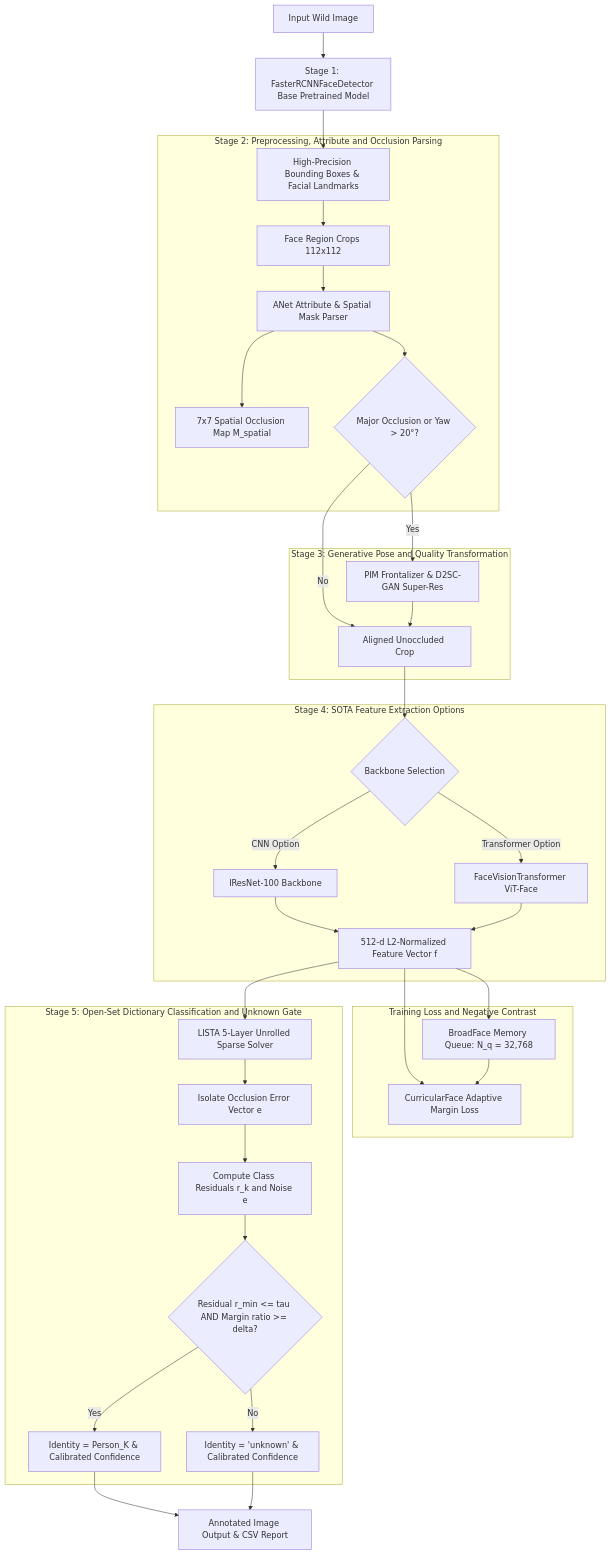
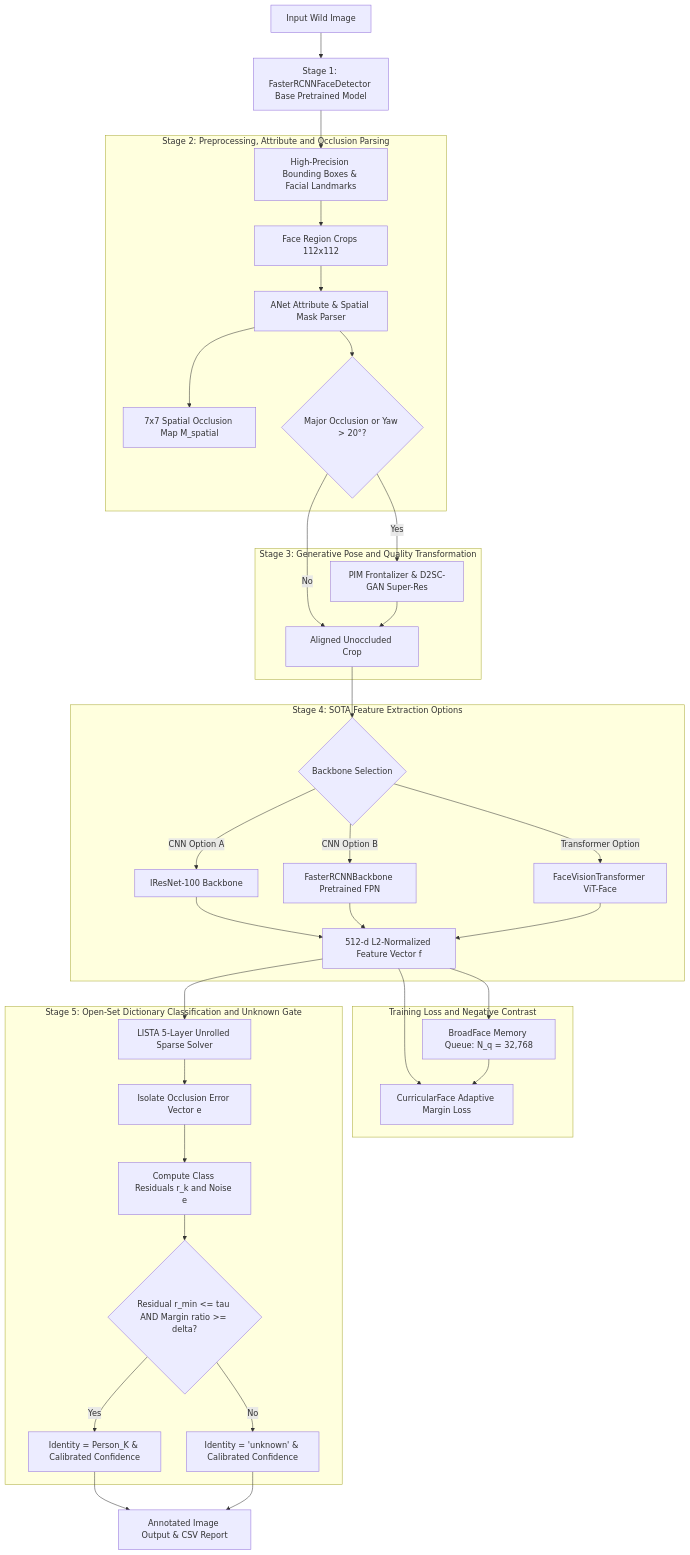
Before and after one commit to akshat-1/Face-Recognition-In-Wild: the diagram in context_for_ai.md, drawn with Mermaid. The commit also changed other lines of this file and 1 other file, not shown here.

Commit message:
docs: Deeply update context.md and context_for_ai.md to document FasterRCNNBackbone feature representation extractor

````diff
--- a/context_for_ai.md
+++ b/context_for_ai.md
@@ -50,44 +50,46 @@
 ```mermaid
 flowchart TD
     RawImg[Input Wild Image] --> Stage1[Stage 1: FasterRCNNFaceDetector Base Pretrained Model]
     Stage1 --> BBoxes[High-Precision Bounding Boxes & Facial Landmarks]
     
     subgraph Stage2 ["Stage 2: Preprocessing, Attribute and Occlusion Parsing"]
         BBoxes --> Crop[Face Region Crops 112x112]
         Crop --> ANet[ANet Attribute & Spatial Mask Parser]
         ANet --> SpatialMask[7x7 Spatial Occlusion Map M_spatial]
         ANet --> OccCheck{Major Occlusion or Yaw > 20°?}
     end
     
     subgraph Stage3 ["Stage 3: Generative Pose and Quality Transformation"]
         OccCheck -- Yes --> PIM[PIM Frontalizer & D2SC-GAN Super-Res]
         OccCheck -- No --> BackboneInput[Aligned Unoccluded Crop]
         PIM --> BackboneInput
     end
     
     subgraph Stage4 ["Stage 4: SOTA Feature Extraction Options"]
         BackboneInput --> Choice{Backbone Selection}
-        Choice -- CNN Option --> IResNet[IResNet-100 Backbone]
+        Choice -- CNN Option A --> IResNet[IResNet-100 Backbone]
+        Choice -- CNN Option B --> FPNBackbone[FasterRCNNBackbone Pretrained FPN]
         Choice -- Transformer Option --> ViT[FaceVisionTransformer ViT-Face]
         IResNet --> Embed[512-d L2-Normalized Feature Vector f]
+        FPNBackbone --> Embed
         ViT --> Embed
     end
 
     subgraph Training ["Training Loss and Negative Contrast"]
         Embed --> Curricular[CurricularFace Adaptive Margin Loss]
         Embed --> BroadQueue[BroadFace Memory Queue: N_q = 32,768]
         BroadQueue --> Curricular
     end
 
     subgraph Stage5 ["Stage 5: Open-Set Dictionary Classification and Unknown Gate"]
         Embed --> LISTA[LISTA 5-Layer Unrolled Sparse Solver]
         LISTA --> ErrorIsol[Isolate Occlusion Error Vector e]
         ErrorIsol --> ResidualCalc[Compute Class Residuals r_k and Noise e]
         ResidualCalc --> Gate{Residual r_min <= tau AND Margin ratio >= delta?}
         Gate -- Yes --> Known[Identity = Person_K & Calibrated Confidence]
         Gate -- No --> Unknown[Identity = 'unknown' & Calibrated Confidence]
     end
     
     Known --> Output[Annotated Image Output & CSV Report]
     Unknown --> Output
 ```
````
